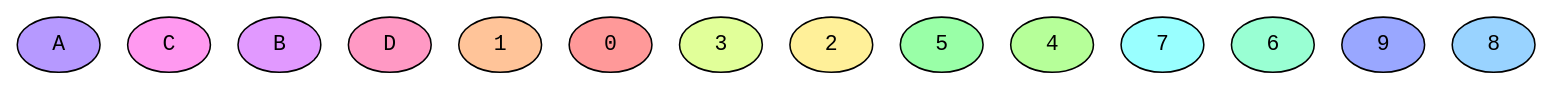
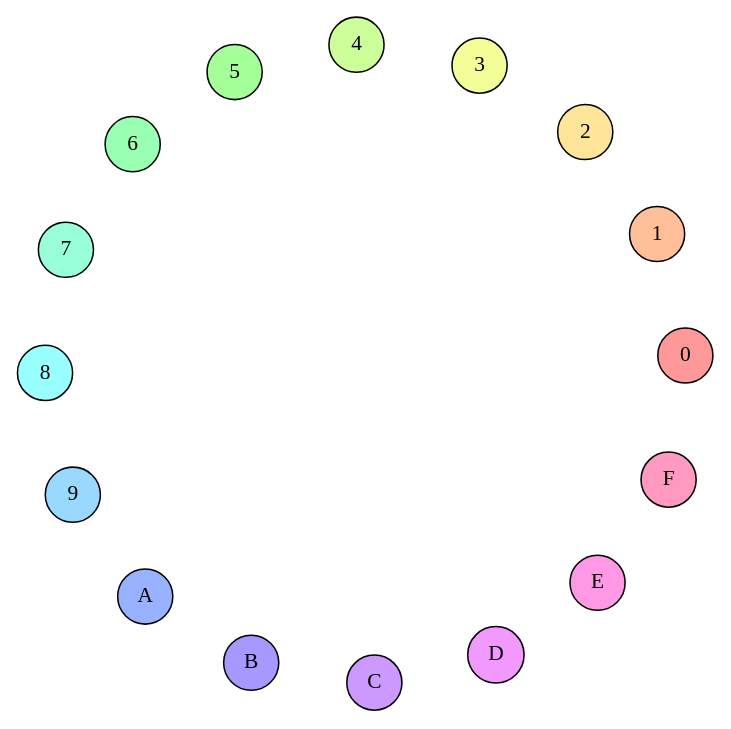
One commit to crypto101/book changed the diagram in Illustrations/BlockCipher/AllNodes.dot. Above: the diagram before and after it, drawn with Graphviz. The commit also changed 3 other files, not shown here.

```diff
--- a/Illustrations/BlockCipher/AllNodes.dot
+++ b/Illustrations/BlockCipher/AllNodes.dot
@@ -1,90 +1,8 @@
-strict digraph G {
-	graph [bb="-120,-102,174,138",
-		splines=curved
-	];
-	node [label="\N"];
-	A	 [fillcolor="0.714285714286 0.4 1",
-		fontname=Courier,
-		height=0.5,
-		pos="-93,60",
-		style=filled,
-		width=0.75];
-	C	 [fillcolor="0.857142857143 0.4 1",
-		fontname=Courier,
-		height=0.5,
-		pos="63,54",
-		style=filled,
-		width=0.75];
-	B	 [fillcolor="0.785714285714 0.4 1",
-		fontname=Courier,
-		height=0.5,
-		pos="69,-24",
-		style=filled,
-		width=0.75];
-	D	 [fillcolor="0.928571428571 0.4 1",
-		fontname=Courier,
-		height=0.5,
-		pos="-15,60",
-		style=filled,
-		width=0.75];
-	1	 [fillcolor="0.0714285714286 0.4 1",
-		fontname=Courier,
-		height=0.5,
-		pos="-57,-66",
-		style=filled,
-		width=0.75];
-	0	 [fillcolor="0.0 0.4 1",
-		fontname=Courier,
-		height=0.5,
-		pos="123,114",
-		style=filled,
-		width=0.75];
-	3	 [fillcolor="0.214285714286 0.4 1",
-		fontname=Courier,
-		height=0.5,
-		pos="27,-84",
-		style=filled,
-		width=0.75];
-	2	 [fillcolor="0.142857142857 0.4 1",
-		fontname=Courier,
-		height=0.5,
-		pos="105,-84",
-		style=filled,
-		width=0.75];
-	5	 [fillcolor="0.357142857143 0.4 1",
-		fontname=Courier,
-		height=0.5,
-		pos="45,120",
-		style=filled,
-		width=0.75];
-	4	 [fillcolor="0.285714285714 0.4 1",
-		fontname=Courier,
-		height=0.5,
-		pos="-33,120",
-		style=filled,
-		width=0.75];
-	7	 [fillcolor="0.5 0.4 1",
-		fontname=Courier,
-		height=0.5,
-		pos="141,36",
-		style=filled,
-		width=0.75];
-	6	 [fillcolor="0.428571428571 0.4 1",
-		fontname=Courier,
-		height=0.5,
-		pos="-87,0",
-		style=filled,
-		width=0.75];
-	9	 [fillcolor="0.642857142857 0.4 1",
-		fontname=Courier,
-		height=0.5,
-		pos="147,-24",
-		style=filled,
-		width=0.75];
-	8	 [fillcolor="0.571428571429 0.4 1",
-		fontname=Courier,
-		height=0.5,
-		pos="-9,-6",
-		style=filled,
-		width=0.75];
+
+digraph G {
+    graph [splines=curved; layout=neato; start=5; epsilon=0.001];
+    node [style=filled, shape=circle];
+    edge [style=invis];
+    0 [fillcolor="0.0 0.4 1"]; 1 [fillcolor="0.0625 0.4 1"]; 2 [fillcolor="0.125 0.4 1"]; 3 [fillcolor="0.1875 0.4 1"]; 4 [fillcolor="0.25 0.4 1"]; 5 [fillcolor="0.3125 0.4 1"]; 6 [fillcolor="0.375 0.4 1"]; 7 [fillcolor="0.4375 0.4 1"]; 8 [fillcolor="0.5 0.4 1"]; 9 [fillcolor="0.5625 0.4 1"]; A [fillcolor="0.625 0.4 1"]; B [fillcolor="0.6875 0.4 1"]; C [fillcolor="0.75 0.4 1"]; D [fillcolor="0.8125 0.4 1"]; E [fillcolor="0.875 0.4 1"]; F [fillcolor="0.9375 0.4 1"];
+    1 -> 0; 2 -> 1; 3 -> 2; 4 -> 3; 5 -> 4; 6 -> 5; 7 -> 6; 8 -> 7; 9 -> 8; A -> 9; B -> A; C -> B; D -> C; E -> D; F -> E; 0 -> F;
 }
```
